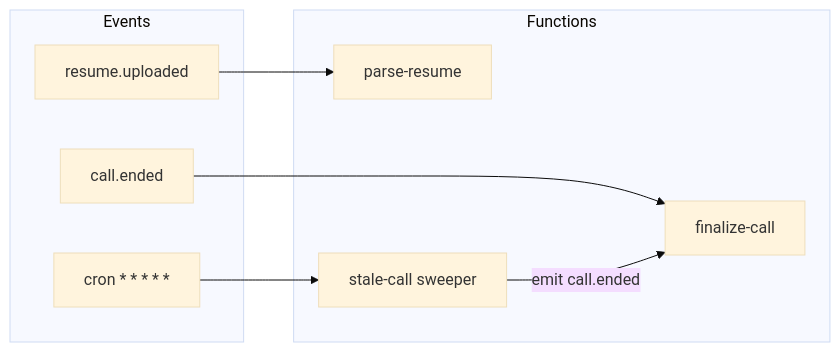
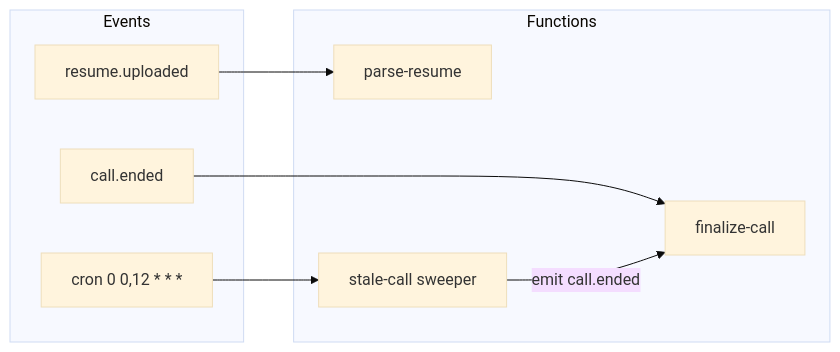
The fifth of 6 diagrams in README.md (waseemjaved755/Profili), drawn with Mermaid (base theme) before and after one commit. The commit also changed other lines of this file and 14 other files, not shown here.

````diff
--- a/README.md
+++ b/README.md
@@ -241,19 +241,19 @@
 ```mermaid
 flowchart LR
   subgraph events [Events]
     RU[resume.uploaded]
     CE[call.ended]
-    CR["cron * * * * *"]
+    CR["cron 0 0,12 * * *"]
   end
 
   subgraph fns [Functions]
     PR[parse-resume]
     FC[finalize-call]
     SW[stale-call sweeper]
   end
 
   RU --> PR
   CE --> FC
   CR --> SW
   SW -->|emit call.ended| FC
 ```
````
